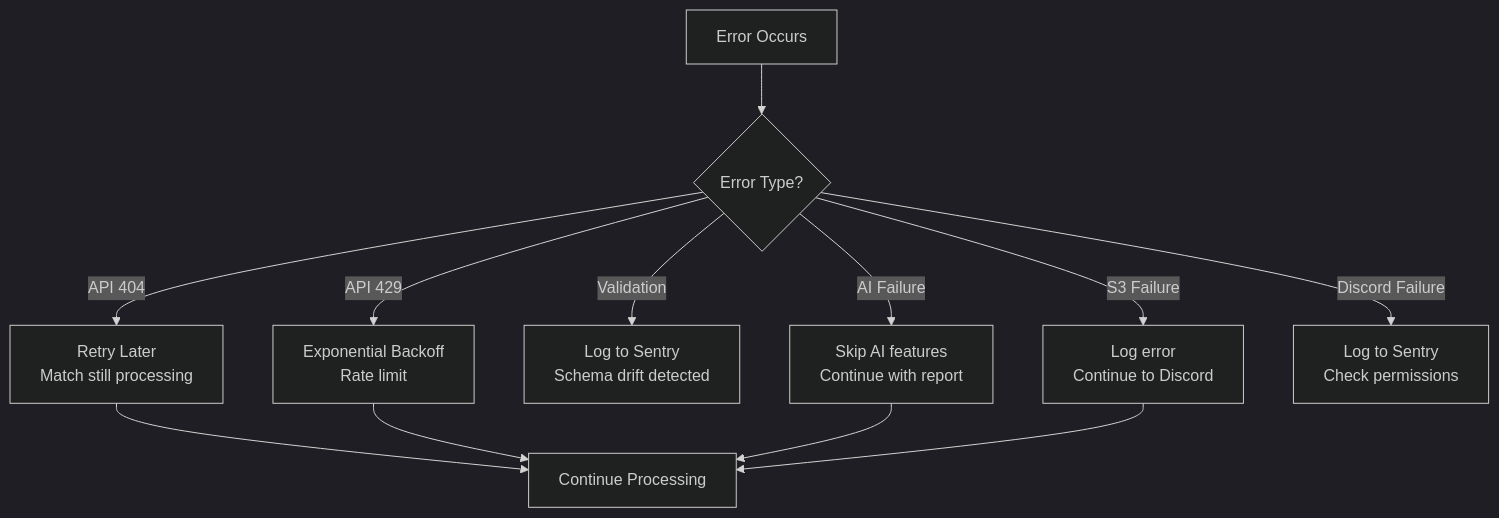
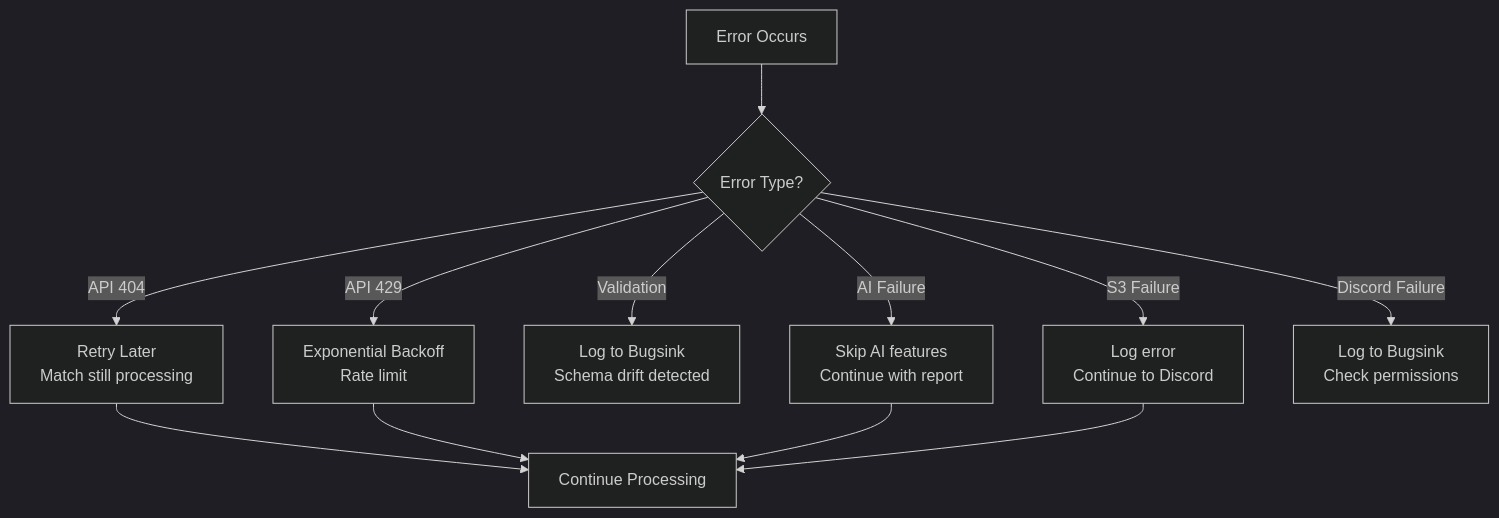
One commit to shepherdjerred/monorepo changed the seventh of 8 diagrams in packages/scout-for-lol/docs/architecture.md. Above: the diagram before and after it, drawn with Mermaid (dark theme). The commit also changed other lines of this file and 415 other files, not shown here.

````diff
--- a/packages/scout-for-lol/docs/architecture.md
+++ b/packages/scout-for-lol/docs/architecture.md
@@ -261,17 +261,17 @@
 ```mermaid
 flowchart TD
     ERROR[Error Occurs]
     ERROR --> TYPE{Error Type?}
 
     TYPE -->|API 404| RETRY[Retry Later<br/>Match still processing]
     TYPE -->|API 429| BACKOFF[Exponential Backoff<br/>Rate limit]
-    TYPE -->|Validation| SENTRY_VAL[Log to Sentry<br/>Schema drift detected]
+    TYPE -->|Validation| BUGSINK_VAL[Log to Bugsink<br/>Schema drift detected]
     TYPE -->|AI Failure| SKIP[Skip AI features<br/>Continue with report]
     TYPE -->|S3 Failure| LOG[Log error<br/>Continue to Discord]
-    TYPE -->|Discord Failure| SENTRY_DISC[Log to Sentry<br/>Check permissions]
+    TYPE -->|Discord Failure| BUGSINK_DISC[Log to Bugsink<br/>Check permissions]
 
     RETRY --> CONTINUE[Continue Processing]
     BACKOFF --> CONTINUE
     SKIP --> CONTINUE
     LOG --> CONTINUE
 ```
````
